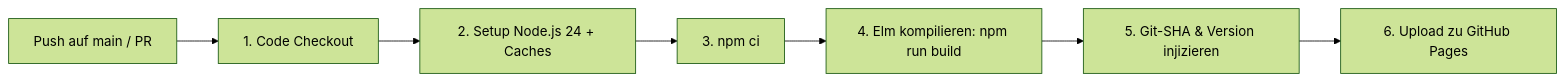
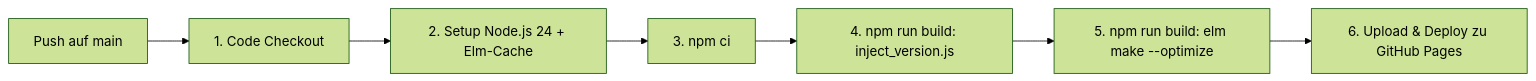
The first of 2 diagrams in docs/🚀-Deployment-&-CI-CD-Pipelines.md (Der-Mehlmann/KrokenKompass), drawn with Mermaid (forest theme) before and after one commit. The commit also changed other lines of this file and 9 other files, not shown here.

````diff
--- a/docs/🚀-Deployment-&-CI-CD-Pipelines.md
+++ b/docs/🚀-Deployment-&-CI-CD-Pipelines.md
@@ -9,9 +9,9 @@
 ```mermaid
 flowchart LR
-    Push[Push auf main / PR] --> Checkout[1. Code Checkout]
-    Checkout --> Setup[2. Setup Node.js 24 + Caches]
-    Setup --> Install[3. npm ci]
-    Install --> Compile[4. Elm kompilieren: npm run build]
-    Compile --> Version[5. Git-SHA & Version injizieren]
-    Version --> Deploy[6. Upload zu GitHub Pages]
+    Push["Push auf main"] --> Checkout["1. Code Checkout"]
+    Checkout --> Setup["2. Setup Node.js 24 + Elm-Cache"]
+    Setup --> Install["3. npm ci"]
+    Install --> Version["4. npm run build: inject_version.js"]
+    Version --> Compile["5. npm run build: elm make --optimize"]
+    Compile --> Deploy["6. Upload & Deploy zu GitHub Pages"]
 ```
````
